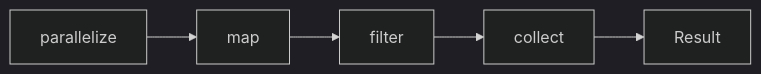
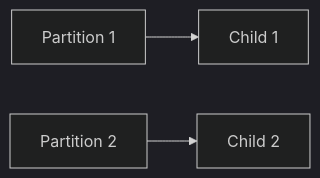
Before and after one commit to isouravsengupta/ai-data-engineer-handbook: the second of 5 diagrams in book/04_data_engineering_systems/apache_spark.md, drawn with Mermaid (dark theme). The commit also changed other lines of this file and 8 other files, not shown here.

````diff
--- a/book/04_data_engineering_systems/apache_spark.md
+++ b/book/04_data_engineering_systems/apache_spark.md
@@ -58,7 +53,5 @@
 ```mermaid
 flowchart LR
-    A[parallelize] --> B[map]
-    B --> C[filter]
-    C --> D[collect]
-    D --> E[Result]
+    P1[Partition 1] --> C1[Child 1]
+    P2[Partition 2] --> C2[Child 2]
 ```
````
